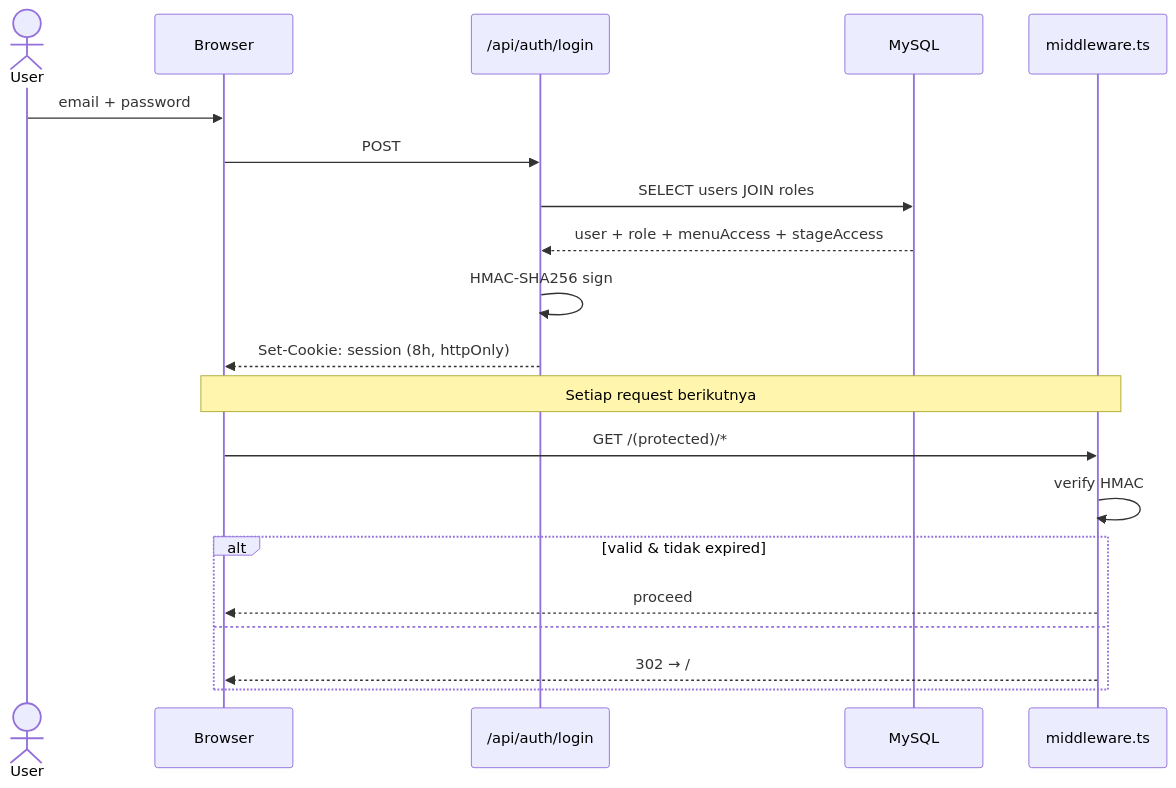
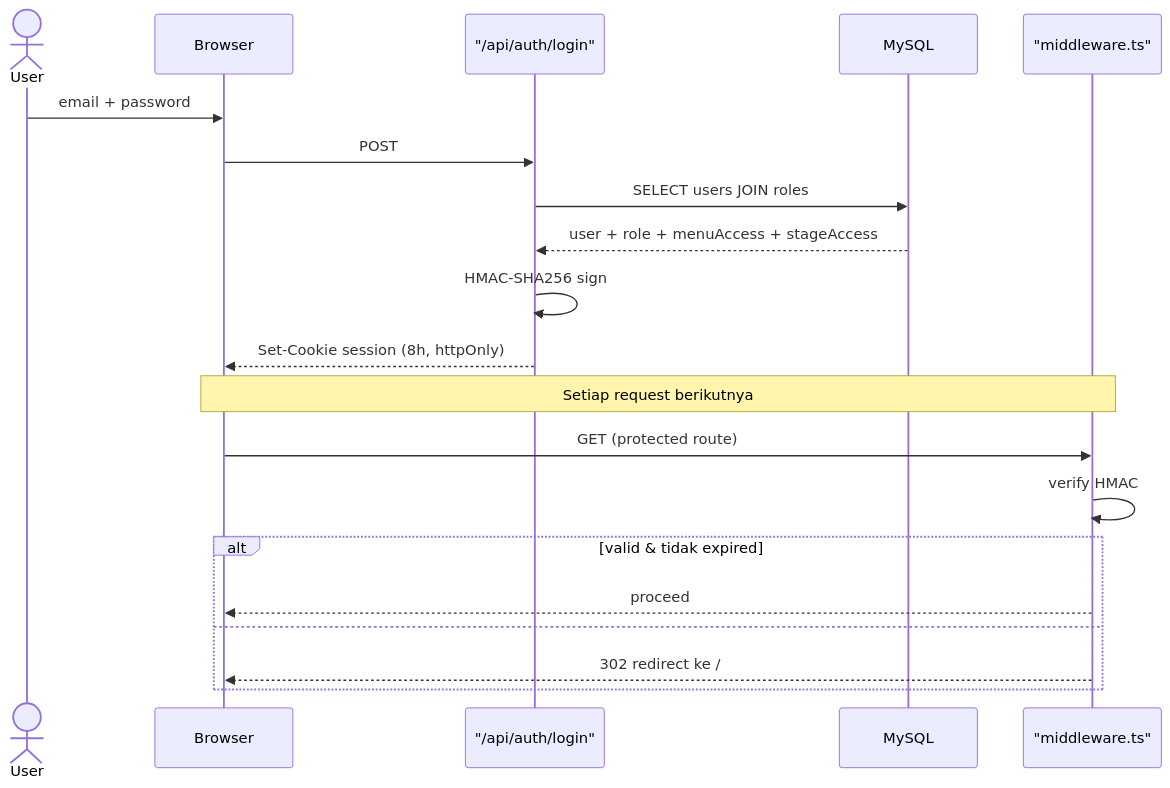
The second of 8 diagrams in README.md (EzraNahumury/web_crm), drawn with Mermaid before and after one commit. The commit also changed other lines of this file, not shown here.

First line of the commit message:
docs: quote mermaid node labels so GitHub renders all 8 diagrams

````diff
--- a/README.md
+++ b/README.md
@@ -247,24 +247,24 @@
 ```mermaid
 sequenceDiagram
     actor User
     participant Browser
-    participant Login as /api/auth/login
+    participant Login as "/api/auth/login"
     participant DB as MySQL
-    participant MW as middleware.ts
+    participant MW as "middleware.ts"
 
     User->>Browser: email + password
     Browser->>Login: POST
     Login->>DB: SELECT users JOIN roles
     DB-->>Login: user + role + menuAccess + stageAccess
     Login->>Login: HMAC-SHA256 sign
-    Login-->>Browser: Set-Cookie: session (8h, httpOnly)
+    Login-->>Browser: Set-Cookie session (8h, httpOnly)
 
     Note over Browser,MW: Setiap request berikutnya
-    Browser->>MW: GET /(protected)/*
+    Browser->>MW: GET (protected route)
     MW->>MW: verify HMAC
     alt valid & tidak expired
         MW-->>Browser: proceed
     else
-        MW-->>Browser: 302 → /
+        MW-->>Browser: 302 redirect ke /
     end
 ```
````
